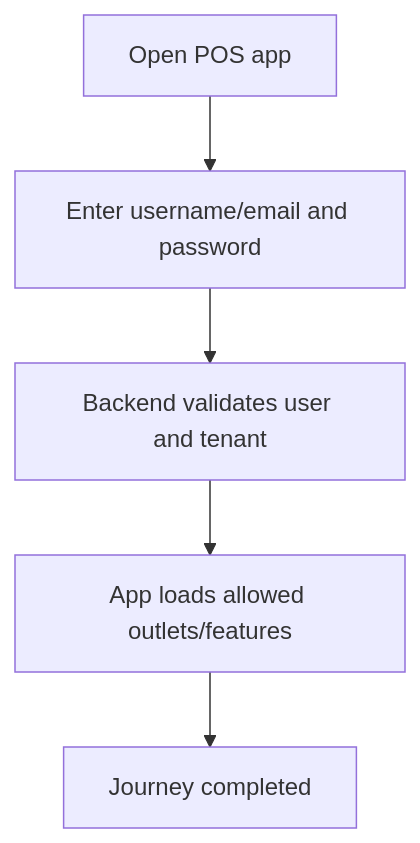
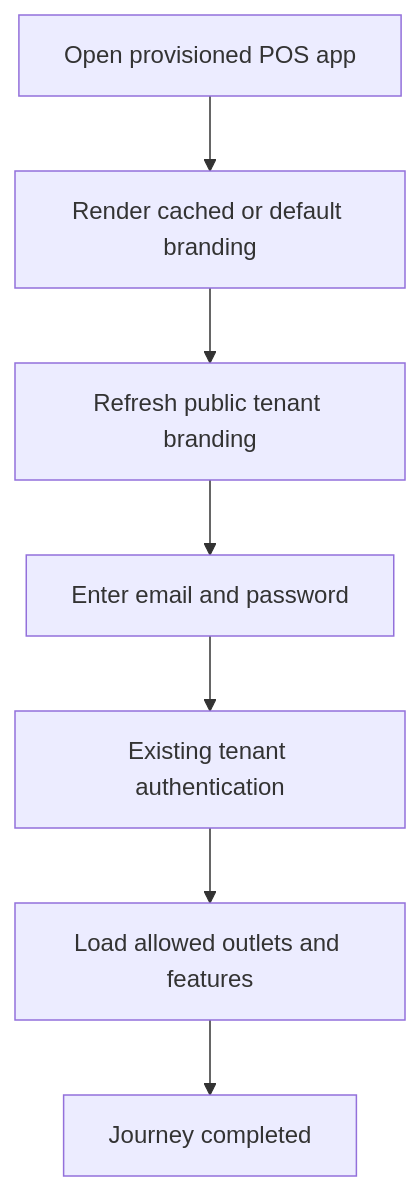
Before and after one commit to unicomproject/Pos-system-Knowledge: the diagram in 03_USER_JOURNEYS/Cashier/01_Login_Flow.md, drawn with Mermaid. The commit also changed other lines of this file and 24 other files, not shown here.

````diff
--- a/03_USER_JOURNEYS/Cashier/01_Login_Flow.md
+++ b/03_USER_JOURNEYS/Cashier/01_Login_Flow.md
@@ -45,8 +46,10 @@
 ```mermaid
 flowchart TD
-    S1[Open POS app]
-    S1 --> S2[Enter username/email and password]
-    S2 --> S3[Backend validates user and tenant]
-    S3 --> S4[App loads allowed outlets/features]
-    S4 --> Done[Journey completed]
+    S1[Open provisioned POS app]
+    S1 --> S2[Render cached or default branding]
+    S2 --> S3[Refresh public tenant branding]
+    S3 --> S4[Enter email and password]
+    S4 --> S5[Existing tenant authentication]
+    S5 --> S6[Load allowed outlets and features]
+    S6 --> Done[Journey completed]
 ```
````
